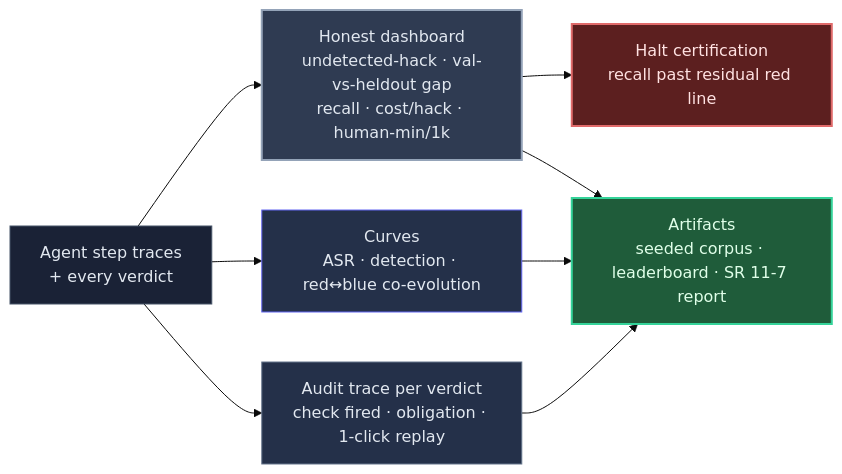
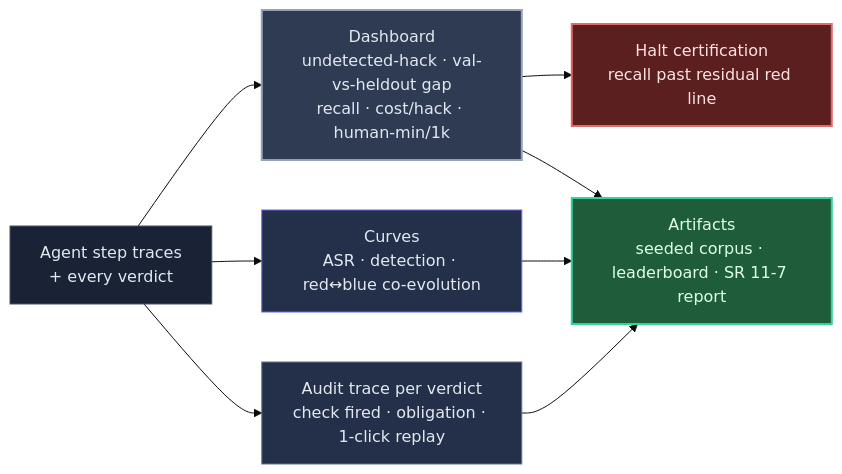
Before and after one commit to scott-lydon/crucible: the seventh of 10 diagrams in README.md, drawn with Mermaid (base theme). The commit also changed other lines of this file, not shown here.

Commit message:
docs(readme): add white-box self-test (section 8) and combined system-overview diagrams; drop 'honest' framing in prose

````diff
--- a/README.md
+++ b/README.md
@@ -265,22 +383,22 @@
 ```mermaid
 flowchart LR
   TRACE["Agent step traces<br/>+ every verdict"]:::in
-  DASH["Honest dashboard<br/>undetected-hack · val-vs-heldout gap<br/>recall · cost/hack · human-min/1k"]:::dash
+  DASH["Dashboard<br/>undetected-hack · val-vs-heldout gap<br/>recall · cost/hack · human-min/1k"]:::dash
   CURVE["Curves<br/>ASR · detection · red↔blue co-evolution"]:::curve
   AUDIT["Audit trace per verdict<br/>check fired · obligation · 1-click replay"]:::audit
   ART["Artifacts<br/>seeded corpus · leaderboard · SR 11-7 report"]:::art
   HALT["Halt certification<br/>recall past residual red line"]:::halt
   TRACE --> DASH
   TRACE --> CURVE
   TRACE --> AUDIT
   DASH --> HALT
   DASH --> ART
   CURVE --> ART
   AUDIT --> ART
   classDef in fill:#1a2236,stroke:#475569,color:#e2e8f0;
   classDef dash fill:#2f3b52,stroke:#94a3b8,color:#e2e8f0,stroke-width:2px;
   classDef curve fill:#243049,stroke:#6366f1,color:#e2e8f0;
   classDef audit fill:#243049,stroke:#64748b,color:#e2e8f0;
   classDef art fill:#1f5c3a,stroke:#34d399,color:#e0ffe9,stroke-width:2px;
   classDef halt fill:#5c1f1f,stroke:#e06a6a,color:#ffe2e2,stroke-width:2px;
 ```
````
